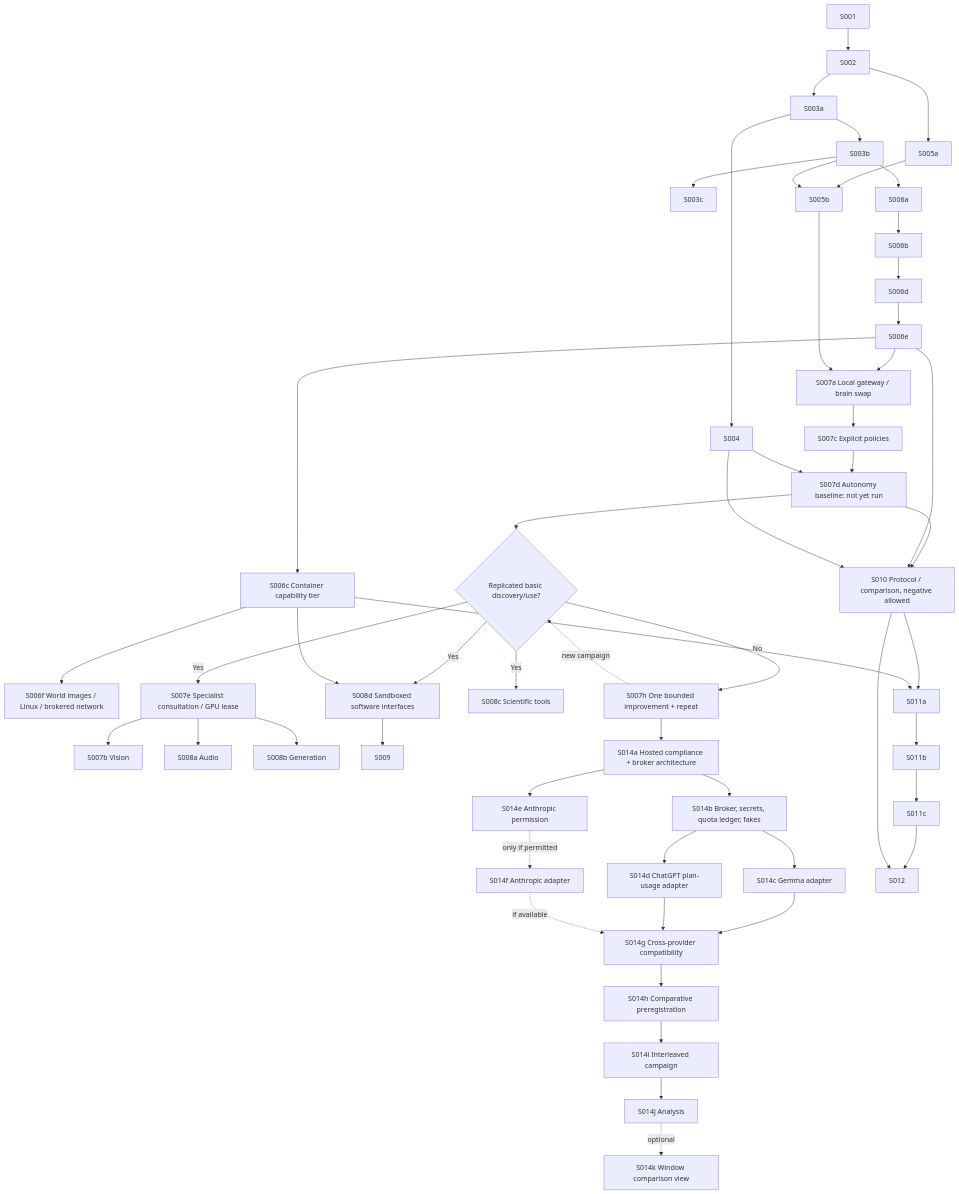
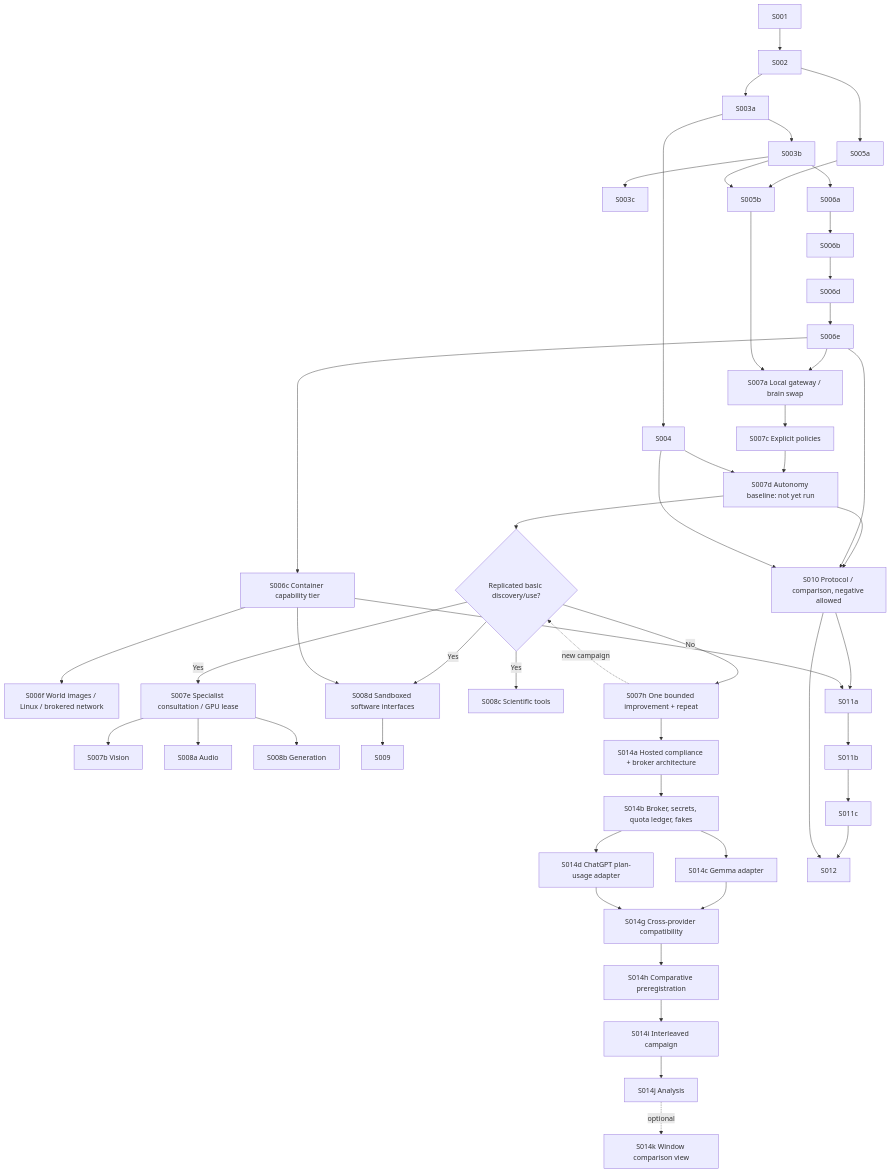
One commit to jfairfaxball-348/open-lab-builder changed the diagram in docs/roadmap/ROADMAP.md. Above: the diagram before and after it, drawn with Mermaid. The commit also changed other lines of this file and 3 other files, not shown here.

````diff
--- a/docs/roadmap/ROADMAP.md
+++ b/docs/roadmap/ROADMAP.md
@@ -42,42 +42,39 @@
 ```mermaid
 flowchart TD
     S001 --> S002 --> S003a --> S003b --> S003c
     S003a --> S004
     S002 --> S005a --> S005b
     S003b --> S005b
     S003b --> S006a --> S006b --> S006d --> S006e
     S006e --> S006c["S006c Container capability tier"]
     S006c --> S006f["S006f World images / Linux / brokered network"]
     S006e --> S007a["S007a Local gateway / brain swap"]
     S005b --> S007a
     S007a --> S007c["S007c Explicit policies"]
     S007c --> S007d["S007d Autonomy baseline: not yet run"]
     S004 --> S007d
     S007d --> Gate{"Replicated basic discovery/use?"}
     Gate -->|No| S007h["S007h One bounded improvement + repeat"]
     S007h -. new campaign .-> Gate
     Gate -->|Yes| S007e["S007e Specialist consultation / GPU lease"]
     S007e --> S007b["S007b Vision"]
     S007e --> S008a["S008a Audio"]
     S007e --> S008b["S008b Generation"]
     Gate -->|Yes| S008c["S008c Scientific tools"]
     Gate -->|Yes| S008d["S008d Sandboxed software interfaces"]
     S006c --> S008d --> S009
     S007h --> S014a["S014a Hosted compliance + broker architecture"]
     S014a --> S014b["S014b Broker, secrets, quota ledger, fakes"]
     S014b --> S014c["S014c Gemma adapter"]
     S014b --> S014d["S014d ChatGPT plan-usage adapter"]
-    S014a --> S014e["S014e Anthropic permission"]
-    S014e -. only if permitted .-> S014f["S014f Anthropic adapter"]
     S014c --> S014g["S014g Cross-provider compatibility"]
     S014d --> S014g
-    S014f -. if available .-> S014g
     S014g --> S014h["S014h Comparative preregistration"] --> S014i["S014i Interleaved campaign"] --> S014j["S014j Analysis"]
     S014j -. optional .-> S014k["S014k Window comparison view"]
     S007d --> S010["S010 Protocol / comparison, negative allowed"]
     S006e --> S010
     S004 --> S010
     S010 --> S011a --> S011b --> S011c --> S012
     S006c --> S011a
     S010 --> S012
 ```
````
